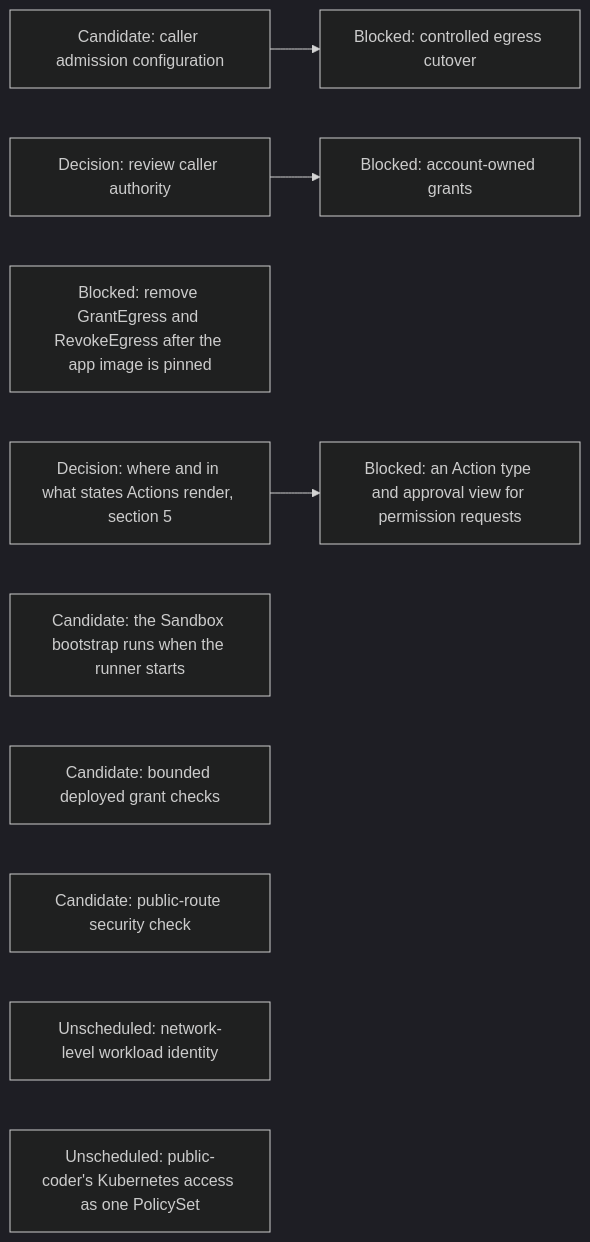
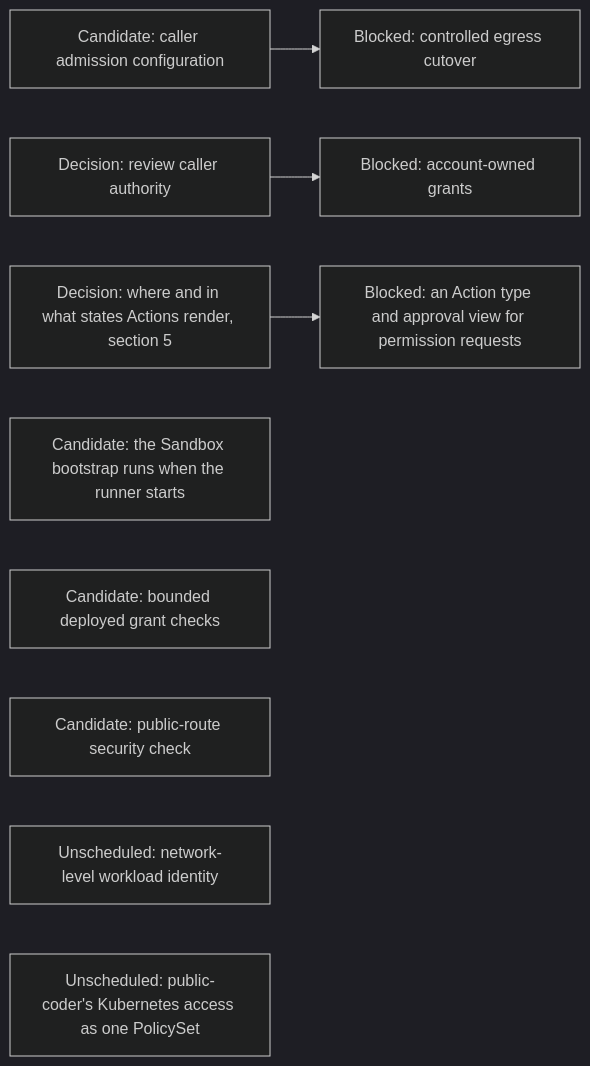
Before and after one commit to agentydragon-agent/ducktape: the eighth of 14 diagrams in agentplane/plans/task_dag.md, drawn with Mermaid (dark theme). The commit also changed other lines of this file, not shown here.

````diff
--- a/agentplane/plans/task_dag.md
+++ b/agentplane/plans/task_dag.md
@@ -541,14 +541,13 @@
 ```mermaid
 flowchart LR
     PC_EGRESS_CREDENTIALS[Candidate: caller admission configuration] --> PC_EGRESS[Blocked: controlled egress cutover]
     CLAUDE_AI_SA[Decision: review caller authority] --> MANAGED_SA_RBAC[Blocked: account-owned grants]
-    SANDBOX_SERVICE_GRANT_RPC_DROP[Blocked: remove GrantEgress and RevokeEgress after the app image is pinned]
     AGENT_PERMISSION_REQUESTS[Blocked: an Action type and approval view for permission requests]
     ACTION_SURFACES_DESIGN[Decision: where and in what states Actions render, section 5]
     ACTION_SURFACES_DESIGN --> AGENT_PERMISSION_REQUESTS
     BOOTSTRAP_PROGRESS_CONTRACT[Candidate: the Sandbox bootstrap runs when the runner starts]
     SANDBOX_RBAC[Candidate: bounded deployed grant checks]
     NOTIFICATION_INGRESS_BOUNDARY[Candidate: public-route security check]
     NETWORK_WORKLOAD_IDENTITY[Unscheduled: network-level workload identity]
     PC_KUBERNETES_POLICY_SET[Unscheduled: public-coder's Kubernetes access as one PolicySet]
 ```
````
